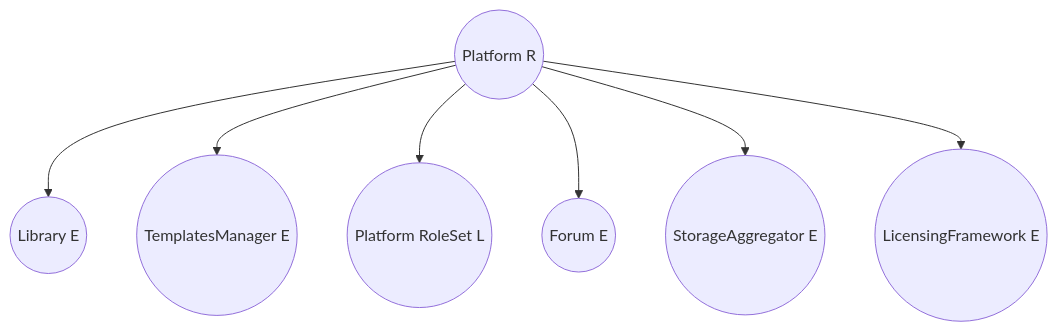
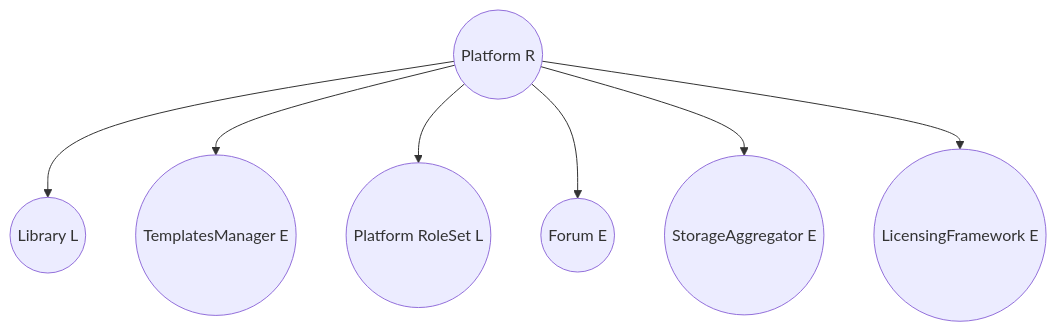
One commit to alkem-io/server changed the first of 12 diagrams in docs/authorization-forest.md. Above: the diagram before and after it, drawn with Mermaid. The commit also changed other lines of this file and 1 other file, not shown here.

````diff
--- a/docs/authorization-forest.md
+++ b/docs/authorization-forest.md
@@ -29,9 +29,9 @@
 ```mermaid
 graph TD
-	Platform((Platform R)) --> Library((Library E))
+	Platform((Platform R)) --> Library((Library L))
 	Platform --> TemplatesManager((TemplatesManager E))
 	Platform --> PlatformRoleSet((Platform RoleSet L))
 	Platform --> Forum((Forum E))
 	Platform --> StorageAggregator_Platform((StorageAggregator E))
 	Platform --> LicensingFramework((LicensingFramework E))
 ```
````
